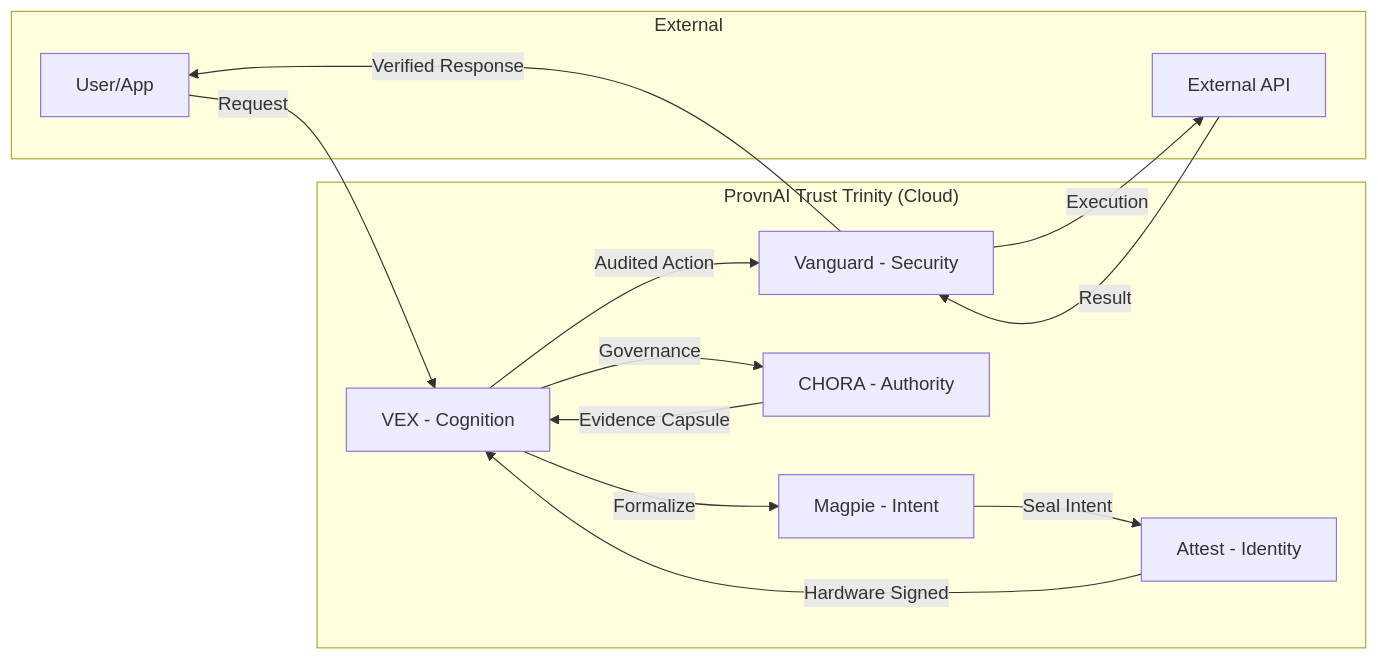
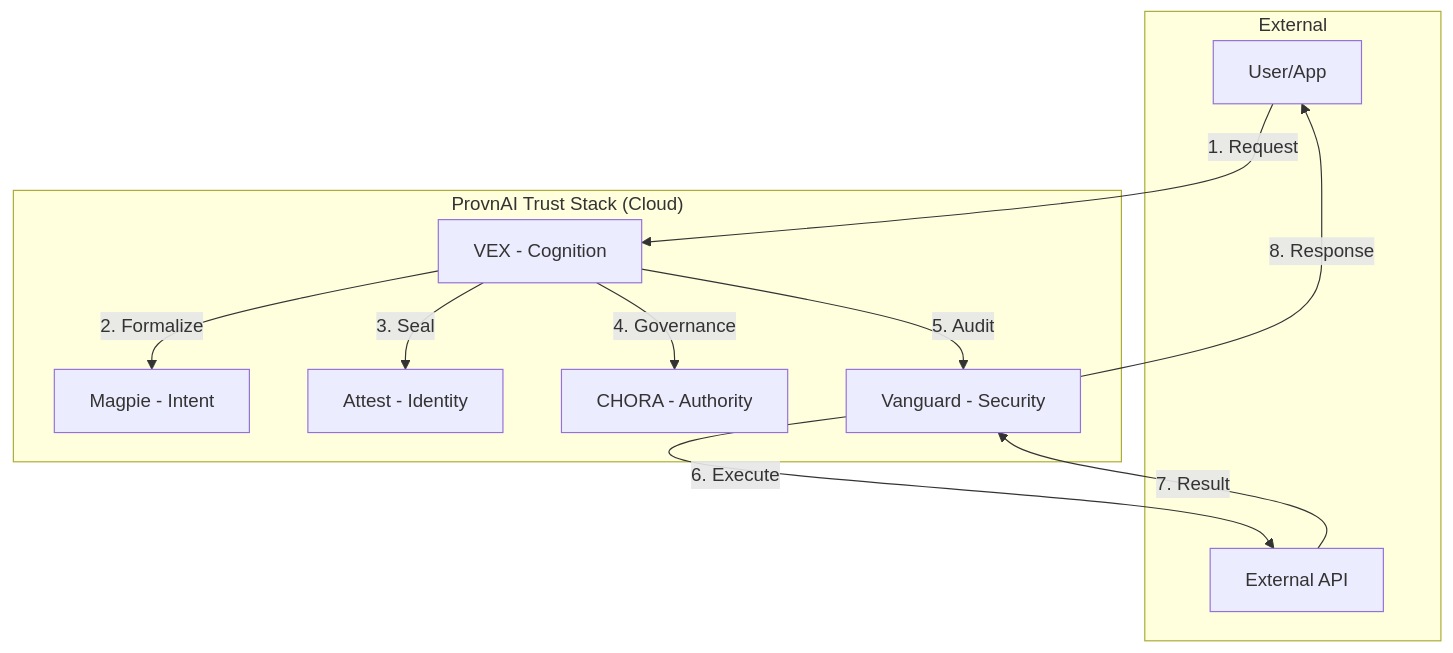
Before and after one commit to provnai/vex: the first of 2 diagrams in README.md, drawn with Mermaid. The commit also changed other lines of this file and 38 other files, not shown here.

````diff
--- a/README.md
+++ b/README.md
@@ -179,26 +205,24 @@
 ```mermaid
-graph LR
+graph TD
     subgraph "External"
         U[User/App]
         T[External API]
     end
 
-    subgraph "ProvnAI Trust Trinity (Cloud)"
+    subgraph "ProvnAI Trust Stack (Cloud)"
         V[VEX - Cognition]
         M[Magpie - Intent]
         A[Attest - Identity]
         C[CHORA - Authority]
         G[Vanguard - Security]
     end
 
-    U -->|Request| V
-    V -->|Formalize| M
-    M -->|Seal Intent| A
-    A -->|Hardware Signed| V
-    V -->|Governance| C
-    C -->|Evidence Capsule| V
-    V -->|Audited Action| G
-    G -->|Execution| T
-    T -->|Result| G
-    G -->|Verified Response| U
+    U -->|1. Request| V
+    V -->|2. Formalize| M
+    V -->|3. Seal| A
+    V -->|4. Governance| C
+    V -->|5. Audit| G
+    G -->|6. Execute| T
+    T -->|7. Result| G
+    G -->|8. Response| U
 ```
````
